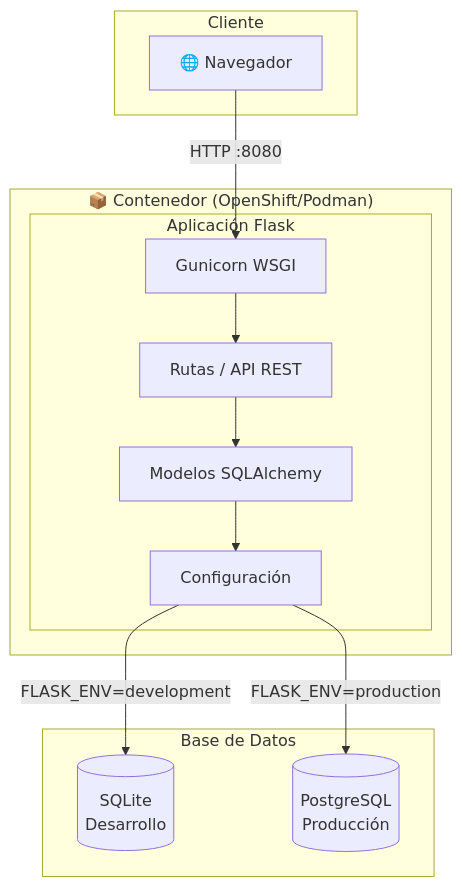
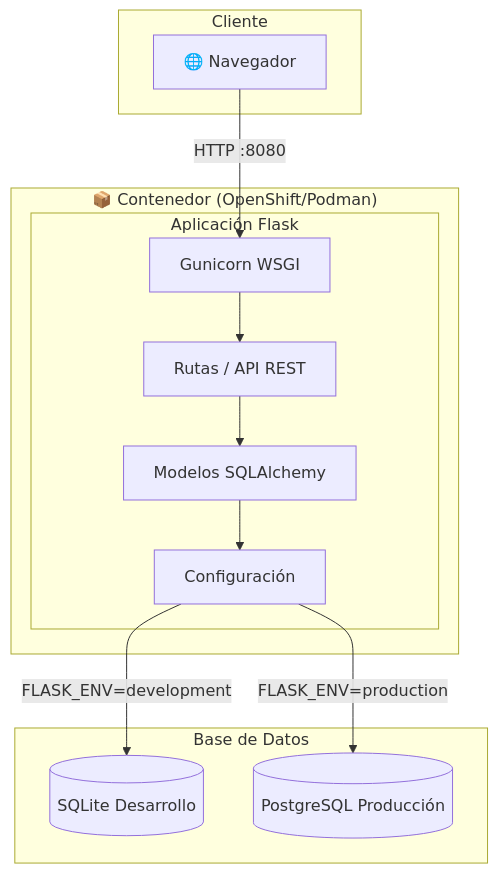
The first of 3 diagrams in README.md (linuxeroagrio/simple-todo), drawn with Mermaid before and after one commit.

Commit message:
Fixed DB vendor in diagram

````diff
--- a/README.md
+++ b/README.md
@@ -17,27 +17,27 @@
 ```mermaid
 flowchart TB
     subgraph Cliente
         Browser[🌐 Navegador]
     end
 
     subgraph Contenedor["📦 Contenedor (OpenShift/Podman)"]
         subgraph App["Aplicación Flask"]
             Gunicorn[Gunicorn WSGI]
             Routes[Rutas / API REST]
             Models[Modelos SQLAlchemy]
             Config[Configuración]
         end
     end
 
     subgraph Datos["Base de Datos"]
-        SQLite[(SQLite\nDesarrollo)]
-        PostgreSQL[(PostgreSQL\nProducción)]
+        SQLite[(SQLite Desarrollo)]
+        PostgreSQL[(PostgreSQL Producción)]
     end
 
     Browser -->|HTTP :8080| Gunicorn
     Gunicorn --> Routes
     Routes --> Models
     Models --> Config
     Config -->|FLASK_ENV=development| SQLite
     Config -->|FLASK_ENV=production| PostgreSQL
 ```
````
